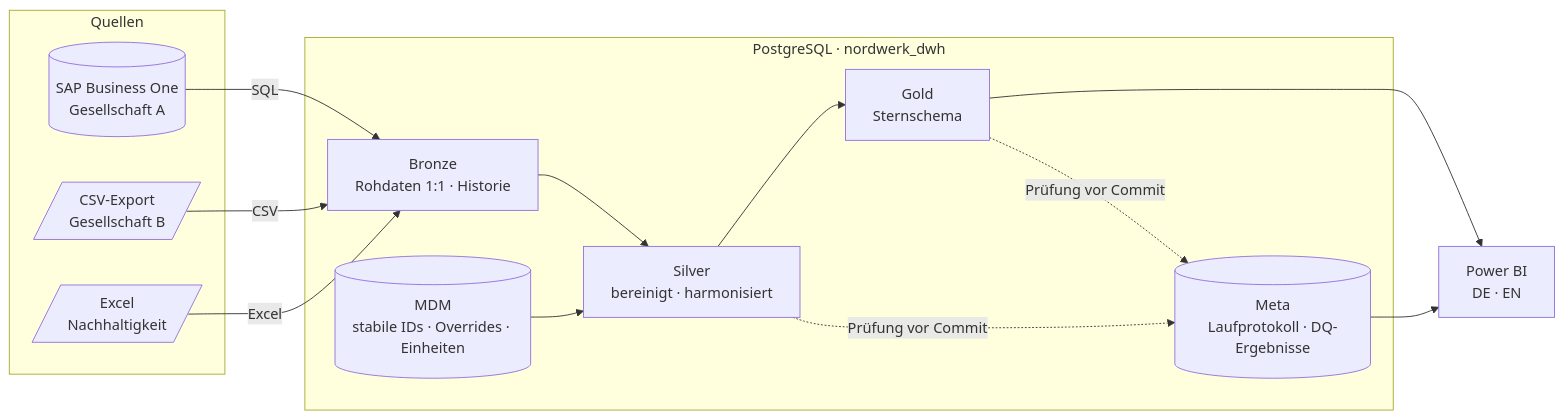
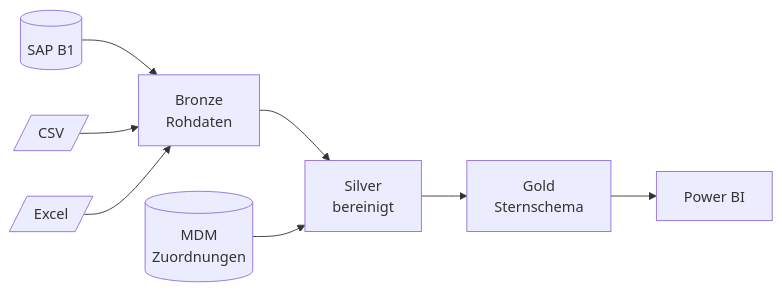
One commit to walidsharaar/python_projects changed the diagram in 045_Nordwerk Data Platform/README.md. Above: the diagram before and after it, drawn with Mermaid. The commit also changed other lines of this file and 1 other file, not shown here.

````diff
--- a/045_Nordwerk Data Platform/README.md
+++ b/045_Nordwerk Data Platform/README.md
@@ -61,27 +24,9 @@
 ```mermaid
 flowchart LR
-    subgraph Quellen
-        A[(SAP Business One<br/>Gesellschaft A)]
-        B[/CSV-Export<br/>Gesellschaft B/]
-        X[/Excel<br/>Nachhaltigkeit/]
-    end
-
-    subgraph nordwerk_dwh [PostgreSQL · nordwerk_dwh]
-        BR[Bronze<br/>Rohdaten 1:1 · Historie]
-        MD[(MDM<br/>stabile IDs · Overrides · Einheiten)]
-        SI[Silver<br/>bereinigt · harmonisiert]
-        GO[Gold<br/>Sternschema]
-        ME[(Meta<br/>Laufprotokoll · DQ-Ergebnisse)]
-    end
-
-    PBI[Power BI<br/>DE · EN]
-
-    A -- SQL --> BR
-    B -- CSV --> BR
-    X -- Excel --> BR
-    BR --> SI --> GO --> PBI
-    MD --> SI
-    SI -. Prüfung vor Commit .-> ME
-    GO -. Prüfung vor Commit .-> ME
-    ME --> PBI
+    A[(SAP B1)] --> BR
+    B[/CSV/] --> BR
+    X[/Excel/] --> BR
+    BR[Bronze<br/>Rohdaten] --> SI[Silver<br/>bereinigt]
+    MD[(MDM<br/>Zuordnungen)] --> SI
+    SI --> GO[Gold<br/>Sternschema] --> PBI[Power BI]
 ```
````
